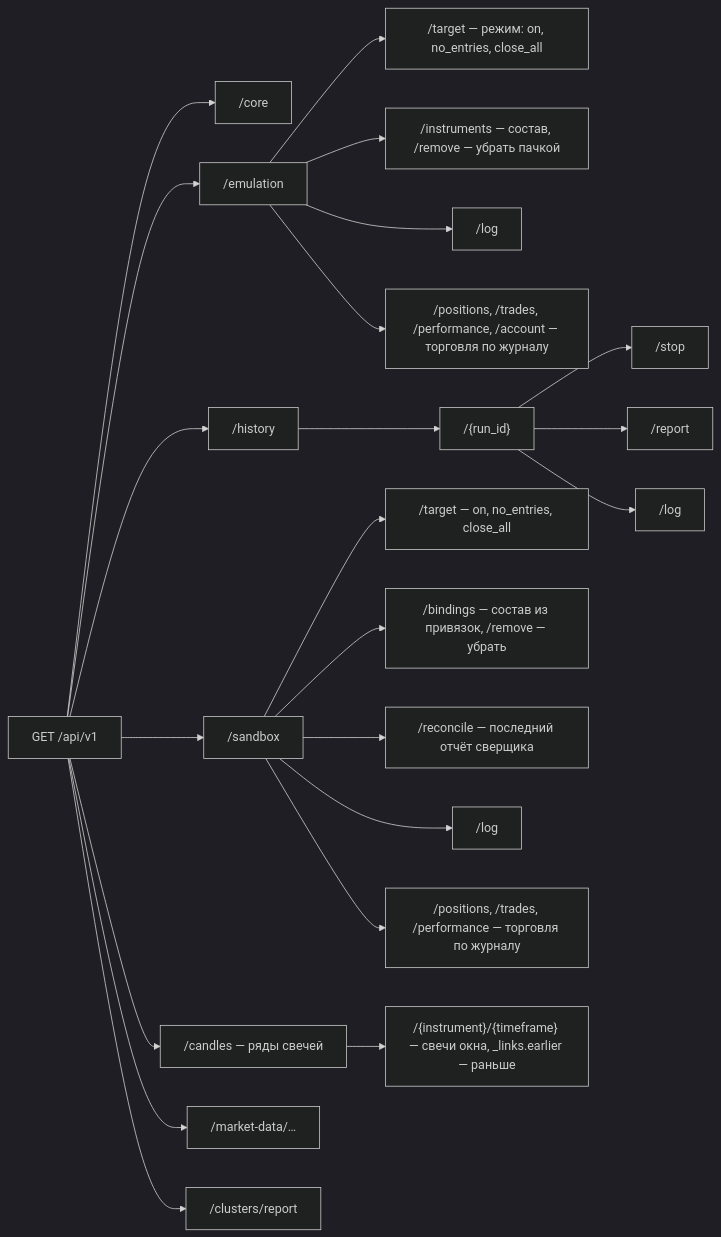
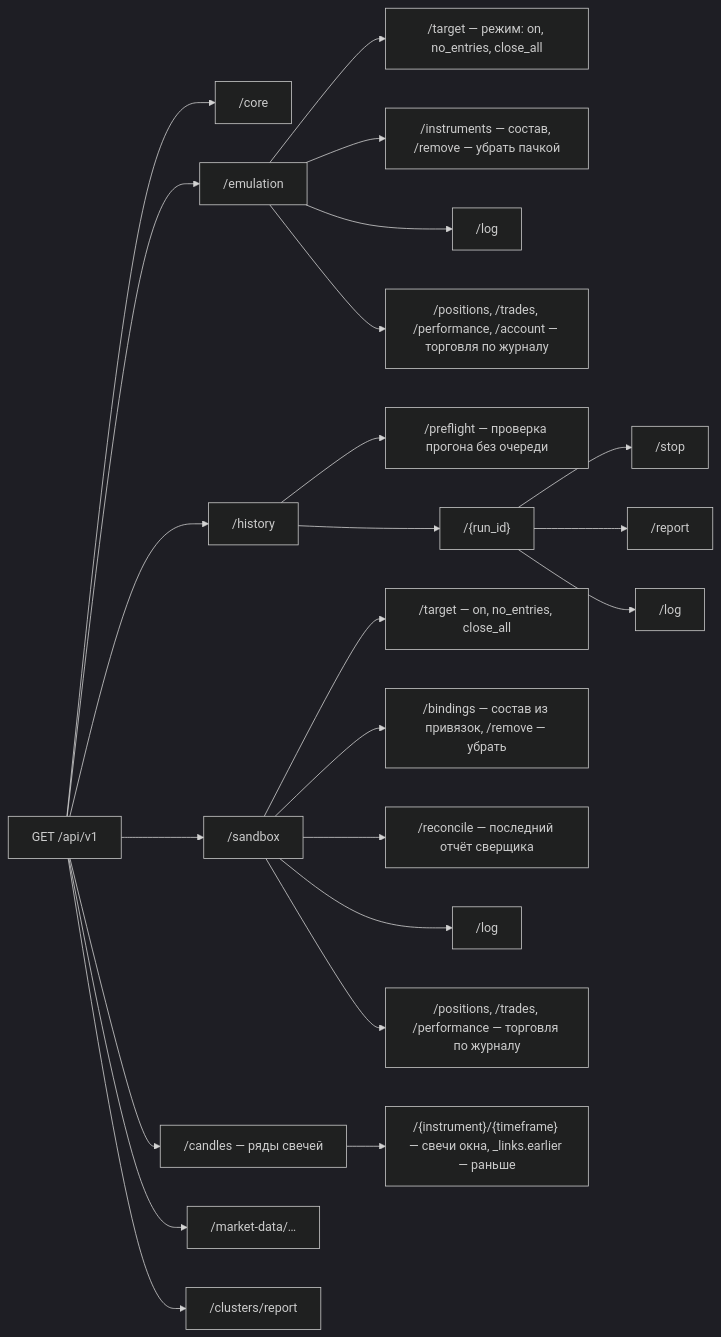
One commit to vladilenao/My_roBot changed the diagram in docs/api/README.md. Above: the diagram before and after it, drawn with Mermaid (dark theme). The commit also changed other lines of this file and 19 other files, not shown here.

First line of the commit message:
Проверка прогона истории без очереди и связки прогона (add-history-preflight-api)

````diff
--- a/docs/api/README.md
+++ b/docs/api/README.md
@@ -25,23 +25,24 @@
 ```mermaid
 flowchart LR
     home["GET /api/v1"] --> core["/core"]
     home --> emu["/emulation"]
     home --> hist["/history"]
     home --> sbx["/sandbox"]
     home --> cnd["/candles — ряды свечей"]
     home --> md["/market-data/…"]
     home --> cl["/clusters/report"]
     emu --> target["/target — режим: on, no_entries, close_all"]
     emu --> members["/instruments — состав, /remove — убрать пачкой"]
     emu --> elog["/log"]
     emu --> etrade["/positions, /trades, /performance, /account — торговля по журналу"]
+    hist --> pre["/preflight — проверка прогона без очереди"]
     hist --> run["/{run_id}"] --> stop["/stop"]
     run --> report["/report"]
     run --> rlog["/log"]
     sbx --> starget["/target — on, no_entries, close_all"]
     sbx --> bindings["/bindings — состав из привязок, /remove — убрать"]
     sbx --> rec["/reconcile — последний отчёт сверщика"]
     sbx --> slog["/log"]
     sbx --> strade["/positions, /trades, /performance — торговля по журналу"]
     cnd --> series["/{instrument}/{timeframe} — свечи окна, _links.earlier — раньше"]
 ```
````
